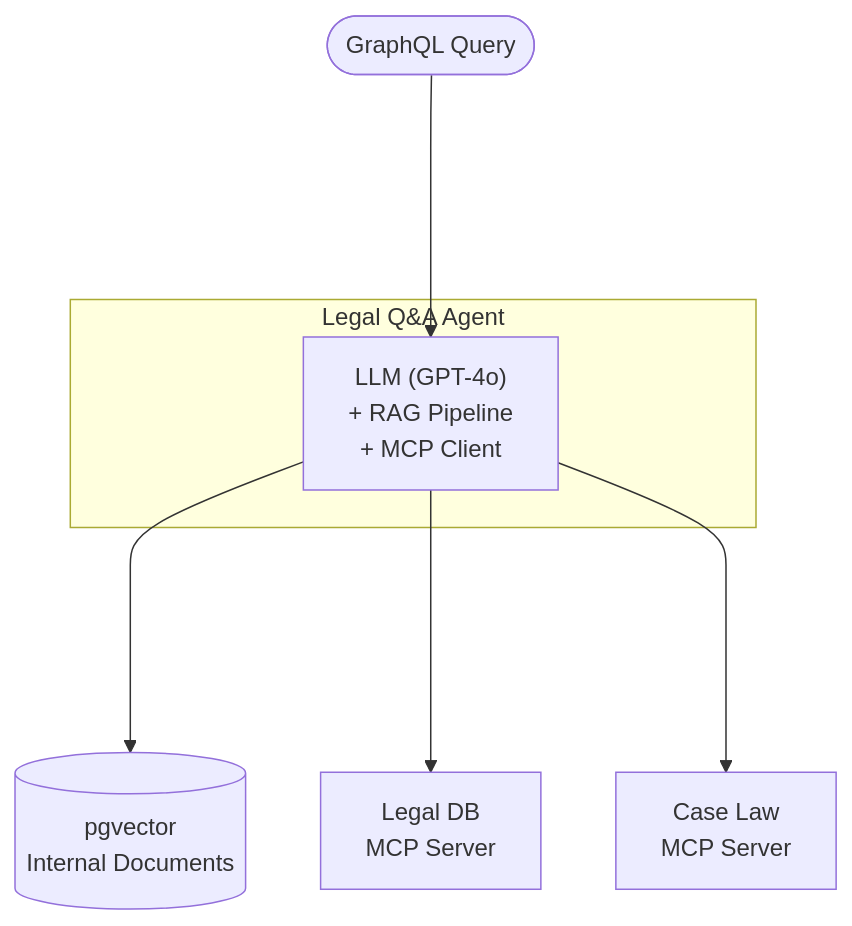
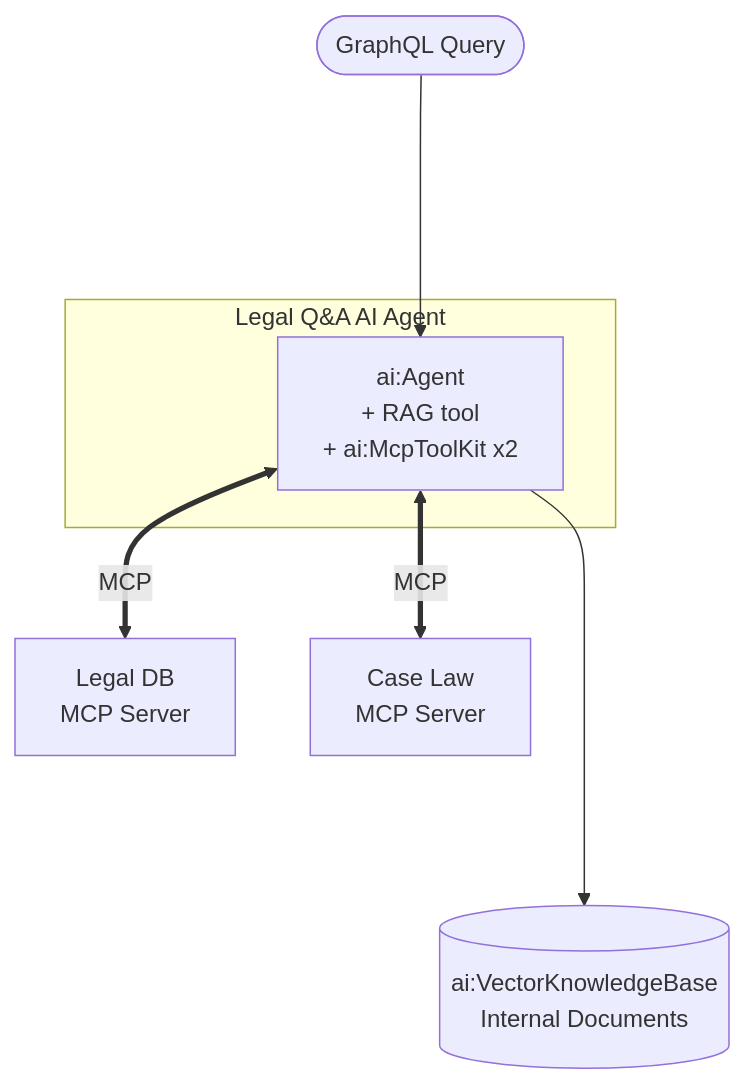
Before and after one commit to Nuvindu/docs-integrator: the diagram in en/docs/genai/tutorials/building-a-legal-document-qa-system-mcp-and-rag.md, drawn with Mermaid. The commit also changed other lines of this file and 52 other files, not shown here.

````diff
--- a/en/docs/genai/tutorials/building-a-legal-document-qa-system-mcp-and-rag.md
+++ b/en/docs/genai/tutorials/building-a-legal-document-qa-system-mcp-and-rag.md
@@ -22,15 +23,15 @@
 ```mermaid
 flowchart TD
     Request([GraphQL Query])
-    subgraph Agent["Legal Q&A Agent"]
-        LLM["LLM (GPT-4o)<br/>+ RAG Pipeline<br/>+ MCP Client"]
+    subgraph Agent["Legal Q&A AI Agent"]
+        AIAgent["ai:Agent<br/>+ RAG tool<br/>+ ai:McpToolKit x2"]
     end
-    Internal[(pgvector<br/>Internal Documents)]
+    KB[(ai:VectorKnowledgeBase<br/>Internal Documents)]
     LegalDB[Legal DB<br/>MCP Server]
     CaseLaw[Case Law<br/>MCP Server]
 
-    Request ----> LLM
-    LLM ----> Internal
-    LLM ----> LegalDB
-    LLM ----> CaseLaw
+    Request ----> AIAgent
+    AIAgent ----> KB
+    AIAgent <==> |MCP| LegalDB
+    AIAgent <==> |MCP| CaseLaw
 ```
````
